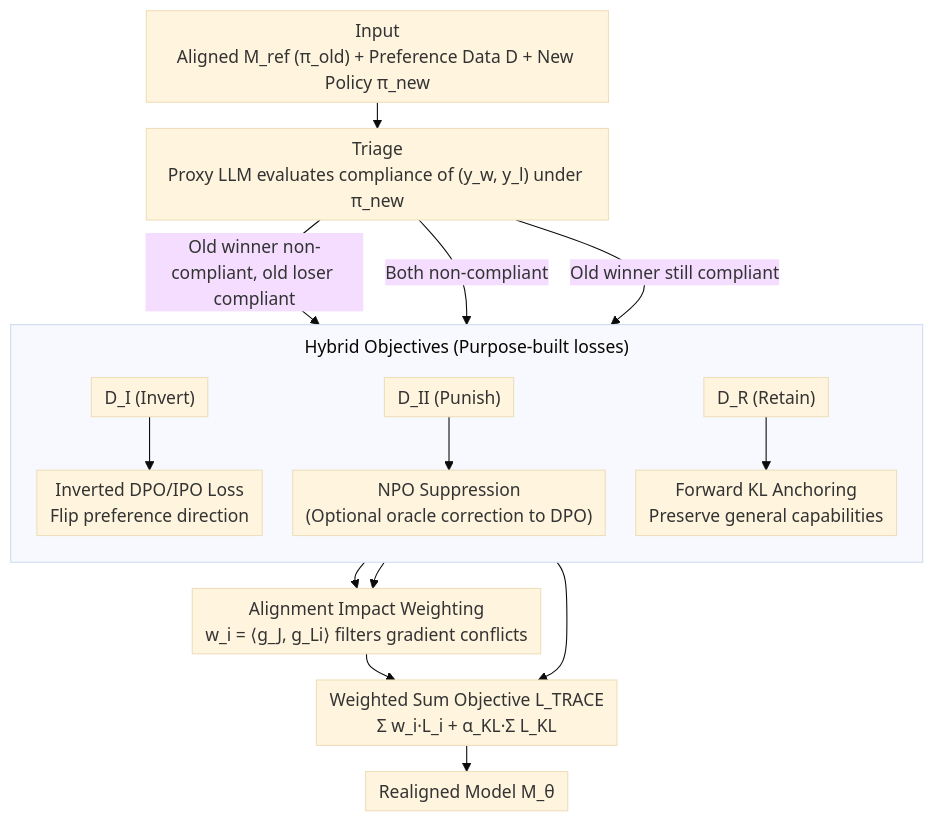
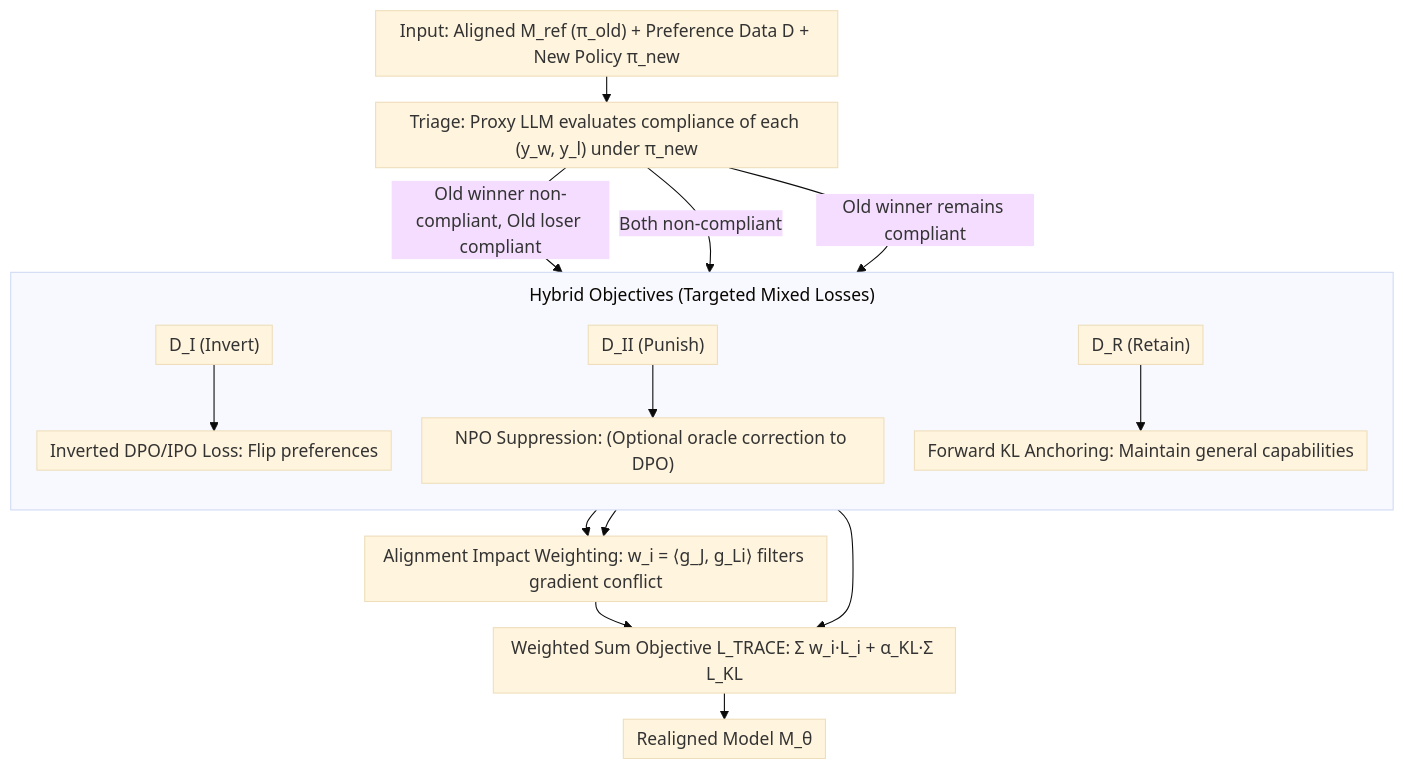
The diagram in docs/ICML2026/llm_alignment/the_realignment_problem_when_right_becomes_wrong_in_llms.md (zhaoyang97/Paper-Notes-en), drawn with Mermaid (base theme) before and after one commit. The commit also changed other lines of this file and 5084 other files, not shown here.

````diff
--- a/docs/ICML2026/llm_alignment/the_realignment_problem_when_right_becomes_wrong_in_llms.md
+++ b/docs/ICML2026/llm_alignment/the_realignment_problem_when_right_becomes_wrong_in_llms.md
@@ -47,20 +47,20 @@
 ```mermaid
 %%{init: {'flowchart': {'rankSpacing': 24, 'nodeSpacing': 28, 'padding': 6, 'wrappingWidth': 400, 'subGraphTitleMargin': {'top': 8, 'bottom': 16}}}}%%
 flowchart TD
-    IN["Input<br/>Aligned M_ref (π_old) + Preference Data D + New Policy π_new"]
-    IN --> T["Triage<br/>Proxy LLM evaluates compliance of (y_w, y_l) under π_new"]
-    T -->|Old winner non-compliant, old loser compliant| DI["D_I (Invert)"]
+    IN["Input: Aligned M_ref (π_old) + Preference Data D + New Policy π_new"]
+    IN --> T["Triage: Proxy LLM evaluates compliance of each (y_w, y_l) under π_new"]
+    T -->|Old winner non-compliant, Old loser compliant| DI["D_I (Invert)"]
     T -->|Both non-compliant| DII["D_II (Punish)"]
-    T -->|Old winner still compliant| DR["D_R (Retain)"]
-    subgraph HO["Hybrid Objectives (Purpose-built losses)"]
+    T -->|Old winner remains compliant| DR["D_R (Retain)"]
+    subgraph HO["Hybrid Objectives (Targeted Mixed Losses)"]
         direction TB
-        DI --> LI["Inverted DPO/IPO Loss<br/>Flip preference direction"]
-        DII --> LII["NPO Suppression<br/>(Optional oracle correction to DPO)"]
-        DR --> LKL["Forward KL Anchoring<br/>Preserve general capabilities"]
+        DI --> LI["Inverted DPO/IPO Loss: Flip preferences"]
+        DII --> LII["NPO Suppression: (Optional oracle correction to DPO)"]
+        DR --> LKL["Forward KL Anchoring: Maintain general capabilities"]
     end
-    LI --> W["Alignment Impact Weighting<br/>w_i = ⟨g_J, g_Li⟩ filters gradient conflicts"]
+    LI --> W["Alignment Impact Weighting: w_i = ⟨g_J, g_Li⟩ filters gradient conflict"]
     LII --> W
-    W --> SUM["Weighted Sum Objective L_TRACE<br/>Σ w_i·L_i + α_KL·Σ L_KL"]
+    W --> SUM["Weighted Sum Objective L_TRACE: Σ w_i·L_i + α_KL·Σ L_KL"]
     LKL --> SUM
     SUM --> OUT["Realigned Model M_θ"]
 ```
````
